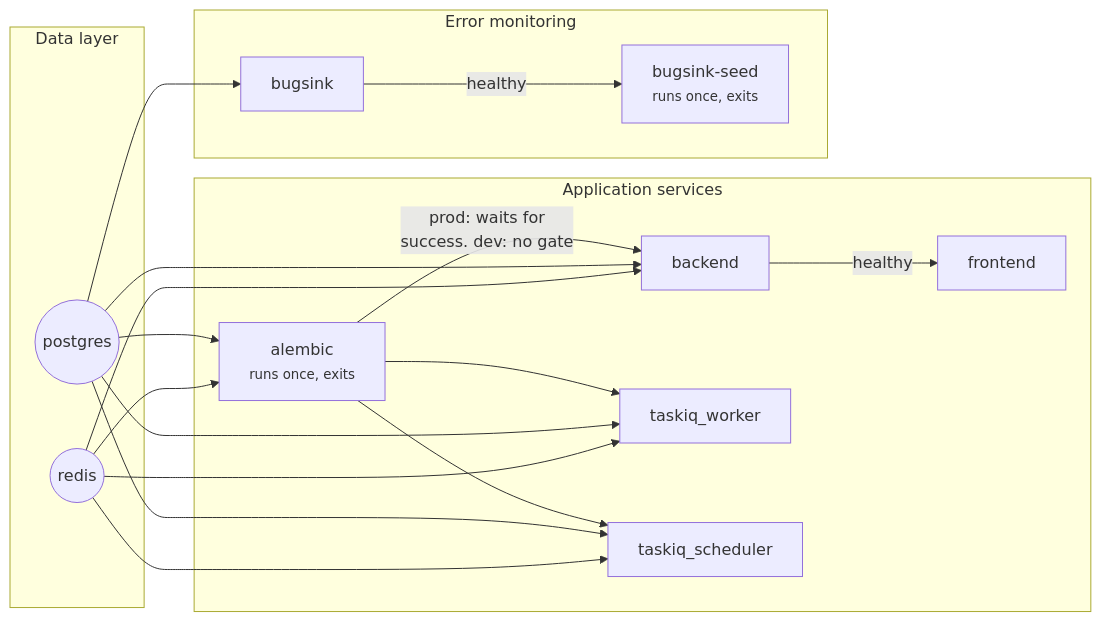
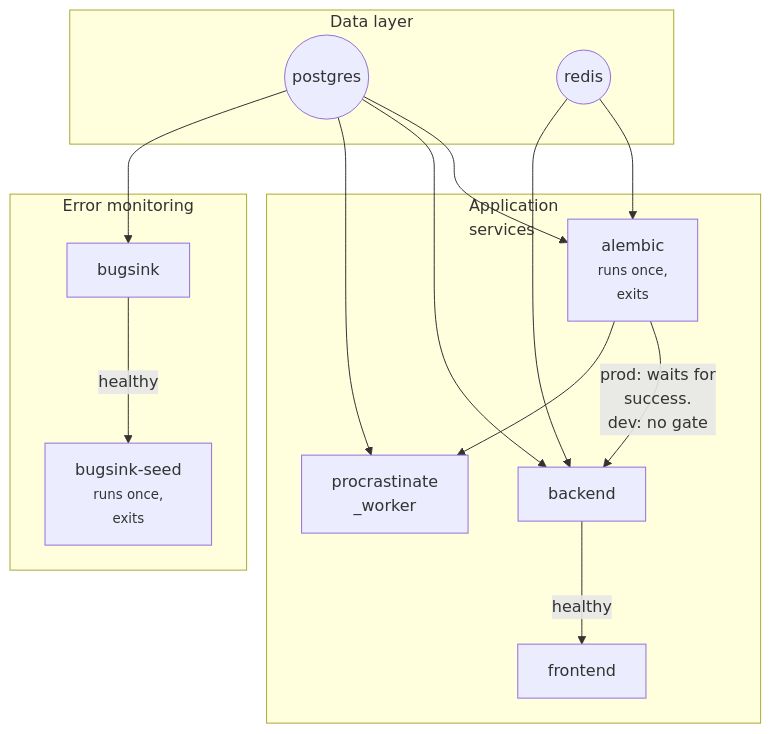
The diagram in docs/mystic_auth/docker/overview.md (Nachiket-2024/mystic-auth), drawn with Mermaid before and after one commit. The commit also changed other lines of this file and 305 other files, not shown here.

Commit message:
Replaced Taskiq with Procrastinate, added session geolocation, rate-limit dashboard, enforced JWT iss/aud

````diff
--- a/docs/mystic_auth/docker/overview.md
+++ b/docs/mystic_auth/docker/overview.md
@@ -28,35 +27,30 @@
 ```mermaid
-flowchart LR
+flowchart TD
     subgraph Data["Data layer"]
         postgres(("postgres"))
         redis(("redis"))
     end
 
-    subgraph App["Application services"]
-        alembic["alembic<br/><small>runs once, exits</small>"]
+    subgraph App["Application<br/>services"]
+        alembic["alembic<br/><small>runs once,<br/>exits</small>"]
         backend["backend"]
-        taskiq["taskiq_worker"]
-        scheduler["taskiq_scheduler"]
+        worker["procrastinate<br/>_worker"]
         frontend["frontend"]
     end
 
     subgraph Monitoring["Error monitoring"]
         bugsink["bugsink"]
-        bugsinkseed["bugsink-seed<br/><small>runs once, exits</small>"]
+        bugsinkseed["bugsink-seed<br/><small>runs once,<br/>exits</small>"]
     end
 
     postgres --> alembic
     redis --> alembic
-    alembic -->|"prod: waits for<br/>success. dev: no gate"| backend
-    alembic --> taskiq
-    alembic --> scheduler
+    alembic -->|"prod: waits for<br/>success.<br/>dev: no gate"| backend
+    alembic --> worker
     postgres --> backend
     redis --> backend
-    postgres --> taskiq
-    redis --> taskiq
-    postgres --> scheduler
-    redis --> scheduler
+    postgres --> worker
     backend -->|healthy| frontend
     postgres --> bugsink
     bugsink -->|healthy| bugsinkseed
 ```
````
